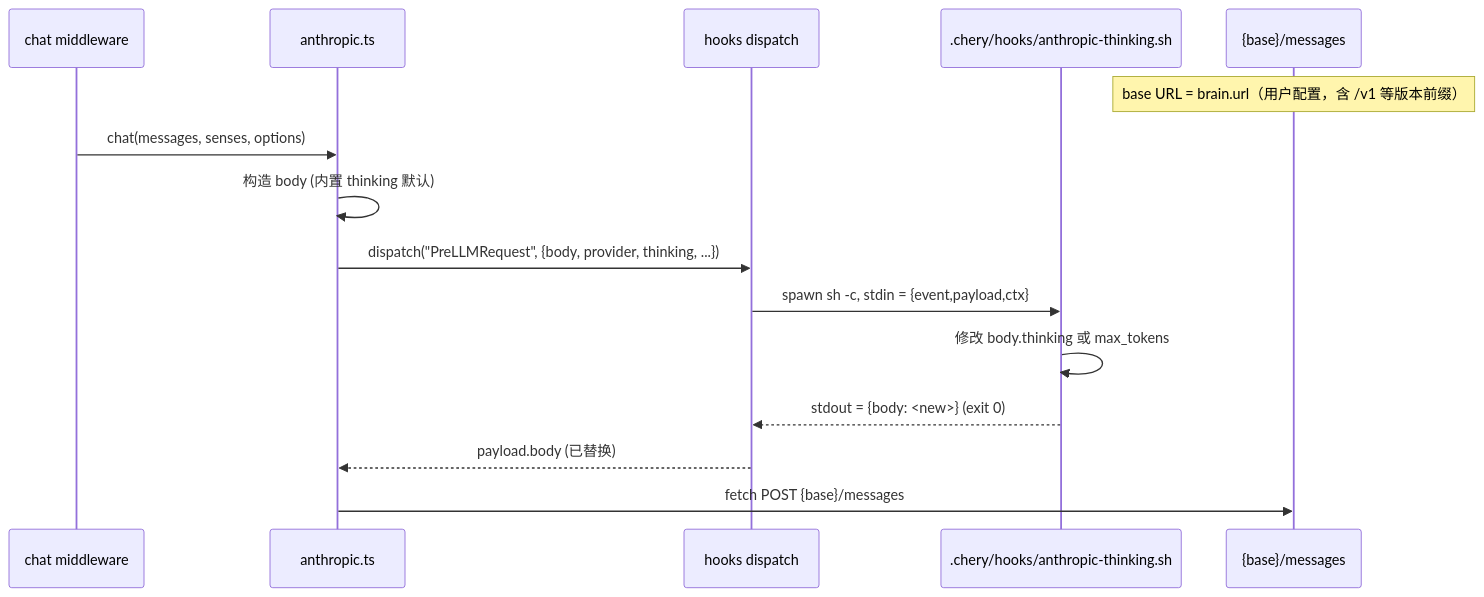
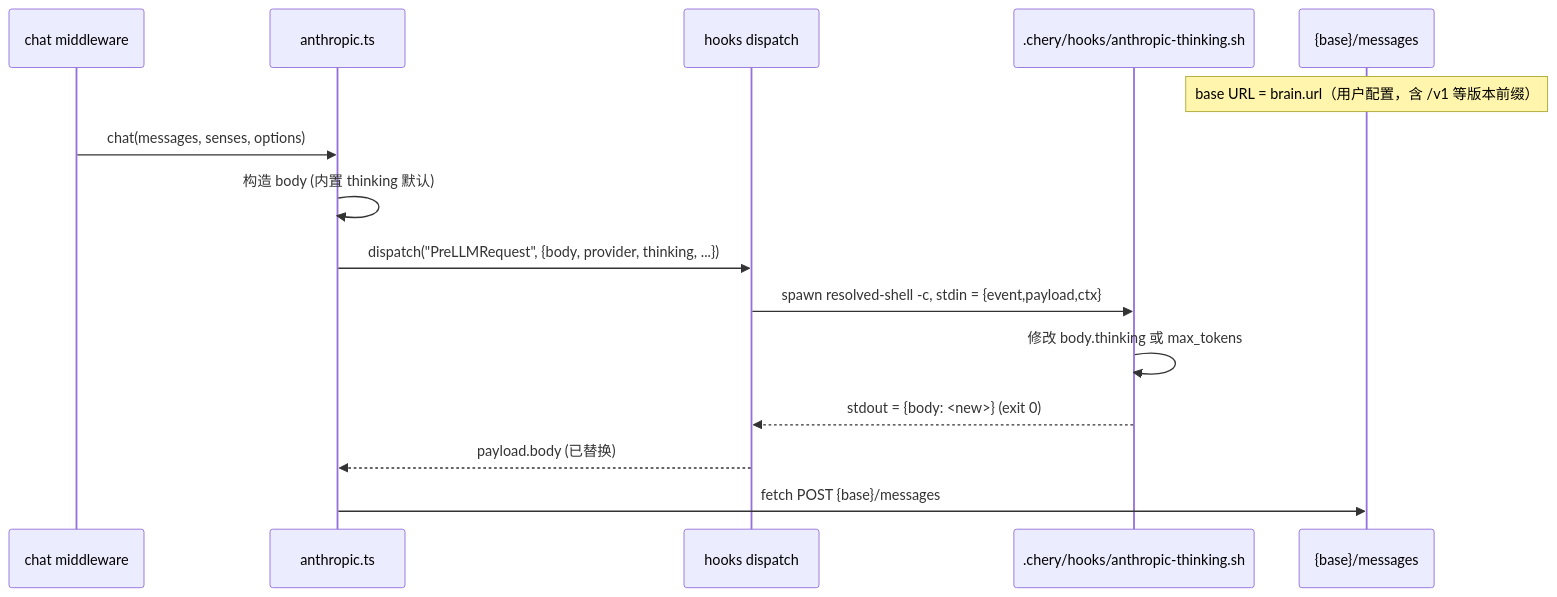
The diagram in docs/agent/hooks.md (cherry-xw/cheryNyxus), drawn with Mermaid before and after one commit. The commit also changed other lines of this file and 9 other files, not shown here.

````diff
--- a/docs/agent/hooks.md
+++ b/docs/agent/hooks.md
@@ -118,18 +148,18 @@
 ```mermaid
 sequenceDiagram
     participant Chat as chat middleware
     participant Anthropic as anthropic.ts
     participant Dispatch as hooks dispatch
     participant Shell as .chery/hooks/anthropic-thinking.sh
     participant API as {base}/messages
     Note over API: base URL = brain.url（用户配置，含 /v1 等版本前缀）
 
     Chat->>Anthropic: chat(messages, senses, options)
     Anthropic->>Anthropic: 构造 body (内置 thinking 默认)
     Anthropic->>Dispatch: dispatch("PreLLMRequest", {body, provider, thinking, ...})
-    Dispatch->>Shell: spawn sh -c, stdin = {event,payload,ctx}
+    Dispatch->>Shell: spawn resolved-shell -c, stdin = {event,payload,ctx}
     Shell->>Shell: 修改 body.thinking 或 max_tokens
     Shell-->>Dispatch: stdout = {body: <new>}  (exit 0)
     Dispatch-->>Anthropic: payload.body (已替换)
     Anthropic->>API: fetch POST {base}/messages
 ```
````
